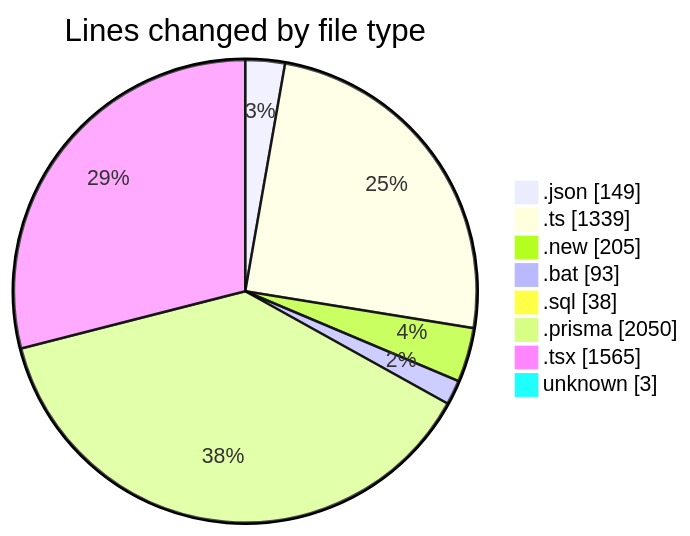
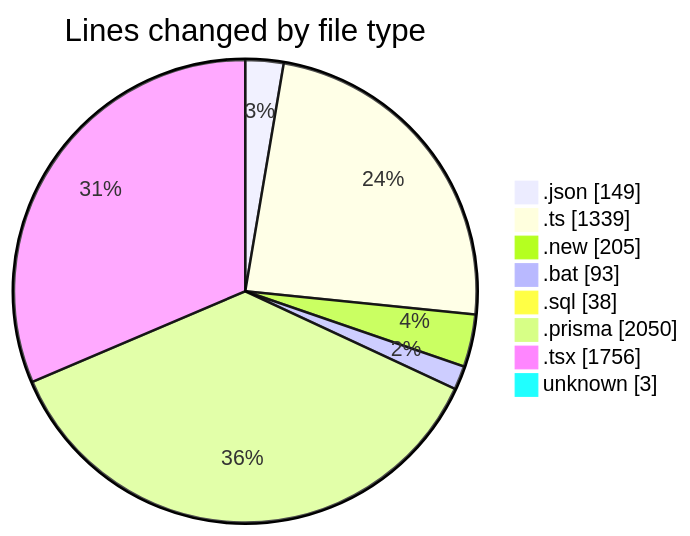
The first of 2 diagrams in 2025-05-20/ecodeli-1/README.md (CELIANVF/code-tracking), drawn with Mermaid before and after one commit. The commit also changed other lines of this file and 1 other file, not shown here.

````diff
--- a/2025-05-20/ecodeli-1/README.md
+++ b/2025-05-20/ecodeli-1/README.md
@@ -42,12 +42,12 @@
 ```mermaid
 pie showData
 title Lines changed by file type
 ".json" : 149
 ".ts" : 1339
 ".new" : 205
 ".bat" : 93
 ".sql" : 38
 ".prisma" : 2050
-".tsx" : 1565
+".tsx" : 1756
 "unknown" : 3
 ```
````
